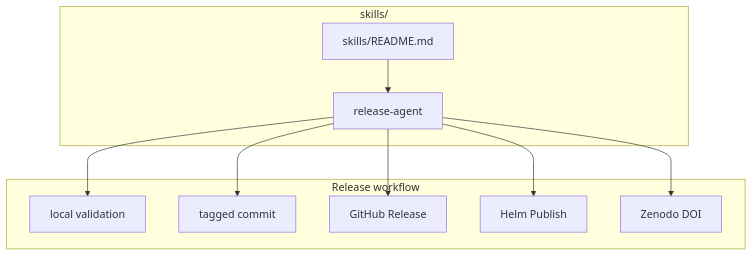
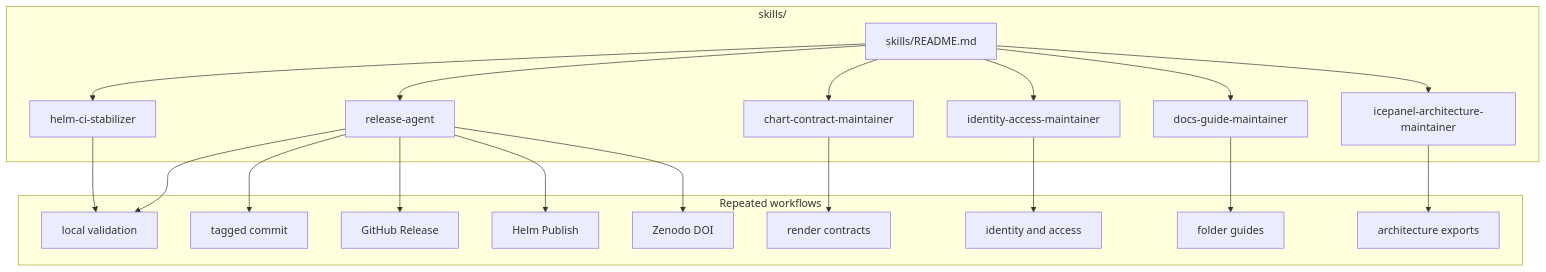
One commit to sanger-pathogens/dlh-in-a-box-umbrella-helm-chart changed the diagram in skills/README.md. Above: the diagram before and after it, drawn with Mermaid. The commit also changed other lines of this file and 12 other files, not shown here.

Commit message:
Add maintainer workflow skills

````diff
--- a/skills/README.md
+++ b/skills/README.md
@@ -9,22 +9,41 @@
 ```mermaid
 flowchart TD
   subgraph Skills["skills/"]
     SkillsGuide[skills/README.md]
     ReleaseSkill[release-agent]
+    CiSkill[helm-ci-stabilizer]
+    ContractSkill[chart-contract-maintainer]
+    IdentitySkill[identity-access-maintainer]
+    DocsSkill[docs-guide-maintainer]
+    ArchitectureSkill[icepanel-architecture-maintainer]
   end
 
-  subgraph ReleaseFlow["Release workflow"]
+  subgraph Workflows["Repeated workflows"]
     Validate[local validation]
     Tag[tagged commit]
     GitHubRelease[GitHub Release]
     Publish[Helm Publish]
     Zenodo[Zenodo DOI]
+    Contract[render contracts]
+    Access[identity and access]
+    Docs[folder guides]
+    Diagrams[architecture exports]
   end
 
   SkillsGuide --> ReleaseSkill
+  SkillsGuide --> CiSkill
+  SkillsGuide --> ContractSkill
+  SkillsGuide --> IdentitySkill
+  SkillsGuide --> DocsSkill
+  SkillsGuide --> ArchitectureSkill
   ReleaseSkill --> Validate
   ReleaseSkill --> Tag
   ReleaseSkill --> GitHubRelease
   ReleaseSkill --> Publish
   ReleaseSkill --> Zenodo
+  CiSkill --> Validate
+  ContractSkill --> Contract
+  IdentitySkill --> Access
+  DocsSkill --> Docs
+  ArchitectureSkill --> Diagrams
 ```
````
